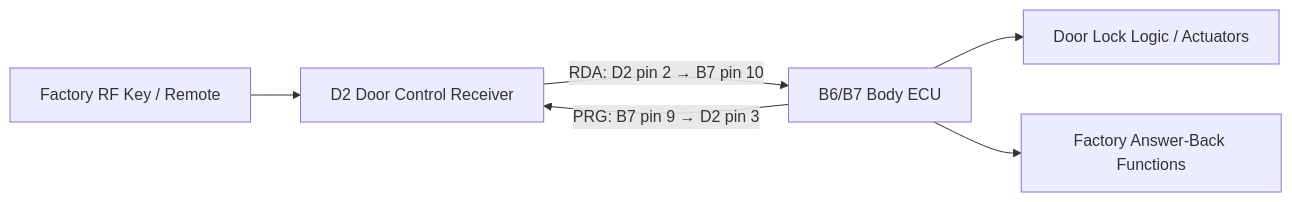
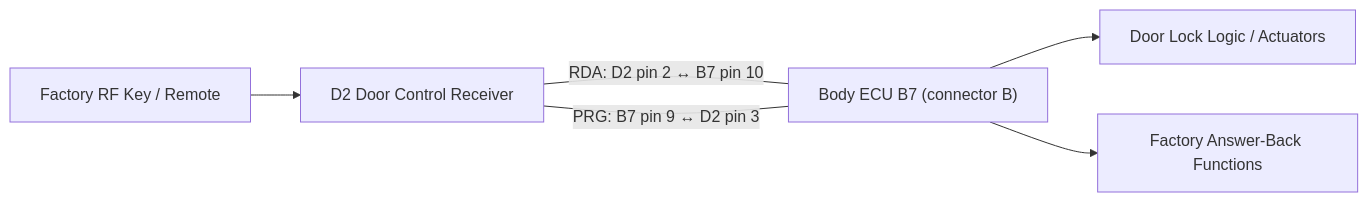
Before and after one commit to wildc4t-workshop/CeliKey: the diagram in reference/RDA_PATH.md, drawn with Mermaid. The commit also changed other lines of this file and 4 other files, not shown here.

Commit message:
Added Anecdotal RDA and PRG references

````diff
--- a/reference/RDA_PATH.md
+++ b/reference/RDA_PATH.md
@@ -10,14 +10,14 @@
 ```mermaid
 flowchart LR
     KEY[Factory RF Key / Remote]
     RX["D2 Door Control Receiver"]
-    BCM["B6/B7 Body ECU"]
+    BCM["Body ECU B7 (connector B)"]
     LOCKS[Door Lock Logic / Actuators]
     ACK[Factory Answer-Back Functions]
 
     KEY --> RX
-    RX -->|"RDA: D2 pin 2 → B7 pin 10"| BCM
+    RX ---|"RDA: D2 pin 2 ↔ B7 pin 10"| BCM
     BCM --> LOCKS
     BCM --> ACK
-    BCM -->|"PRG: B7 pin 9 → D2 pin 3"| RX
+    BCM ---|"PRG: B7 pin 9 ↔ D2 pin 3"| RX
 ```
````
